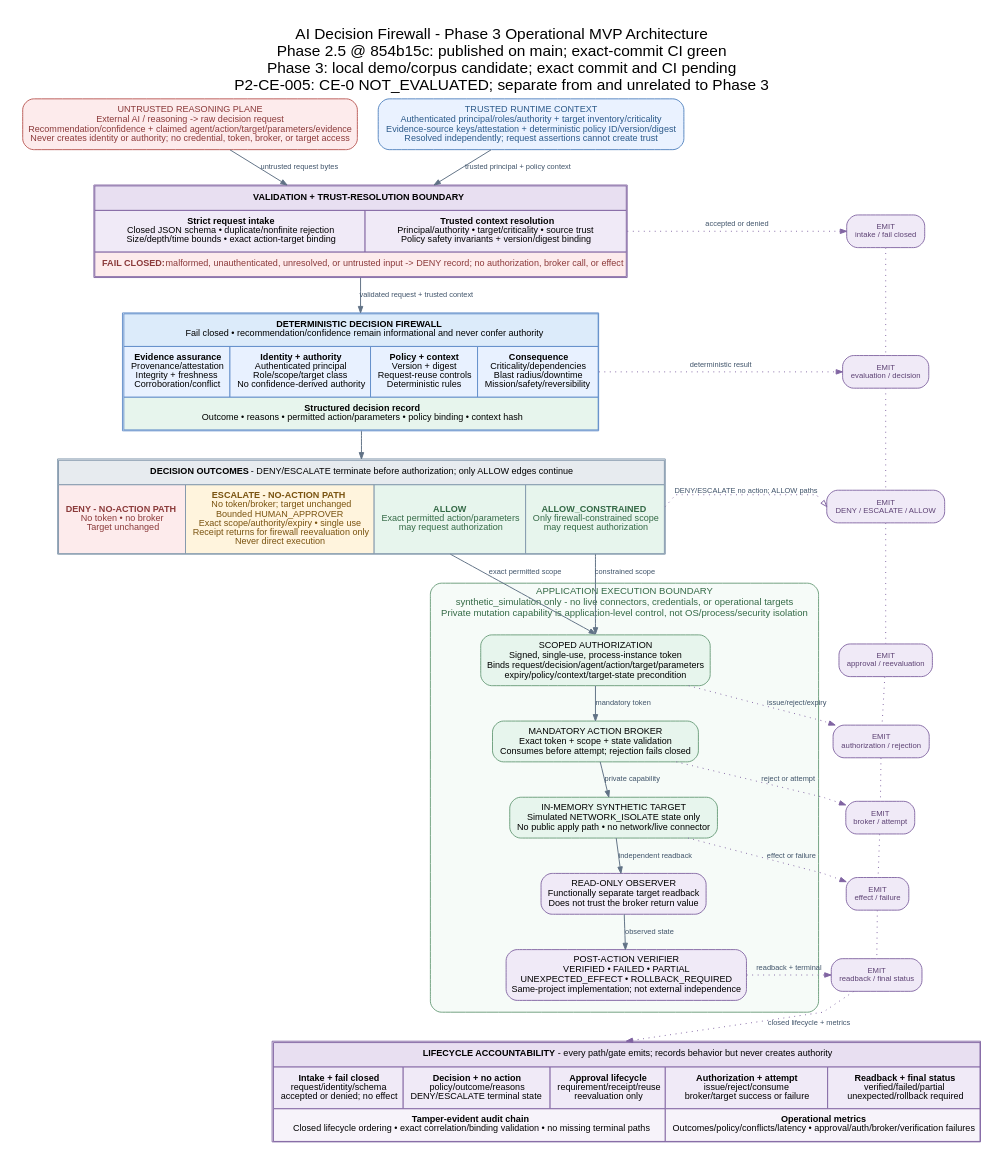
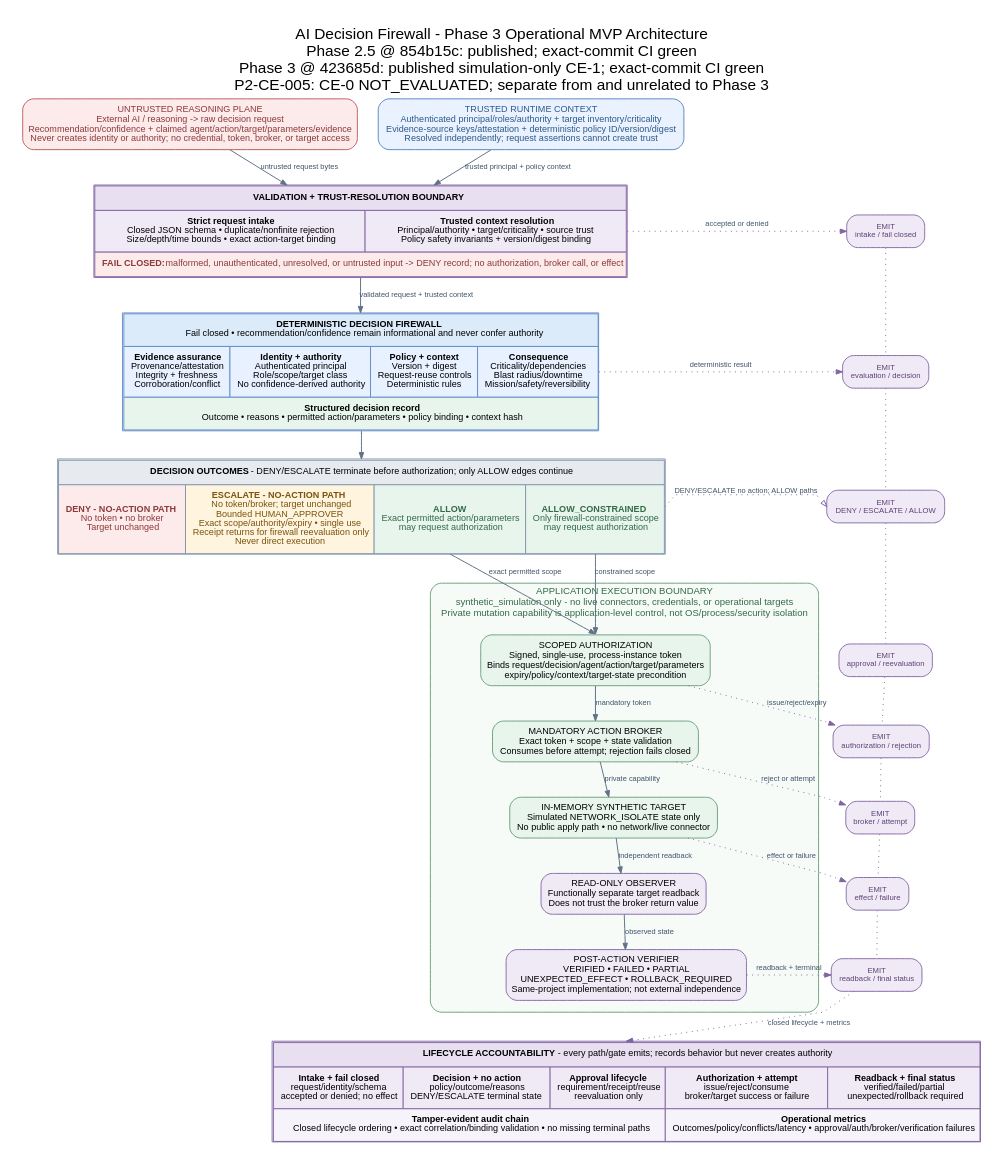
One commit to redxking/ai-decision-firewall changed the diagram in docs/architecture/08_phase3_operational_mvp.dot. Above: the diagram before and after it, drawn with Graphviz. The commit also changed 54 other files, not shown here.

```diff
--- a/docs/architecture/08_phase3_operational_mvp.dot
+++ b/docs/architecture/08_phase3_operational_mvp.dot
@@ -1,182 +1,182 @@
 digraph Phase3OperationalMVP {
   graph [
     rankdir=TB,
     bgcolor="white",
     pad="0.24",
     nodesep="0.32",
     ranksep="0.40",
     splines=polyline,
     fontname="Arial",
     fontsize=17,
     labelloc="t",
-    label="AI Decision Firewall - Phase 3 Operational MVP Architecture\nPhase 2.5 @ 854b15c: published on main; exact-commit CI green\nPhase 3: local demo/corpus candidate; exact commit and CI pending\nP2-CE-005: CE-0 NOT_EVALUATED; separate from and unrelated to Phase 3"
+    label="AI Decision Firewall - Phase 3 Operational MVP Architecture\nPhase 2.5 @ 854b15c: published; exact-commit CI green\nPhase 3 @ 423685d: published simulation-only CE-1; exact-commit CI green\nP2-CE-005: CE-0 NOT_EVALUATED; separate from and unrelated to Phase 3"
   ];
   node [
     shape=box,
     style="rounded,filled",
     color="#617286",
     fillcolor="white",
     fontname="Arial",
     fontsize=10,
     margin="0.13,0.09"
   ];
   edge [
     color="#617286",
     fontcolor="#40546A",
     fontname="Arial",
     fontsize=8.2,
     arrowsize=0.70,
     penwidth=1.08
   ];
 
   untrusted [
     fillcolor="#FDEBEC",
     color="#B85450",
     fontcolor="#8B3A3A",
     label="UNTRUSTED REASONING PLANE\nExternal AI / reasoning -> raw decision request\nRecommendation/confidence + claimed agent/action/target/parameters/evidence\nNever creates identity or authority; no credential, token, broker, or target access"
   ];
 
   trusted [
     fillcolor="#EAF2FF",
     color="#4F81BD",
     fontcolor="#2C5A8A",
     label="TRUSTED RUNTIME CONTEXT\nAuthenticated principal/roles/authority + target inventory/criticality\nEvidence-source keys/attestation + deterministic policy ID/version/digest\nResolved independently; request assertions cannot create trust"
   ];
 
   {rank=same; untrusted; trusted;}
 
   intake [shape=plain, label=<
     <TABLE BORDER="1" CELLBORDER="1" CELLSPACING="0" CELLPADDING="7" COLOR="#8064A2">
       <TR><TD COLSPAN="2" BGCOLOR="#E8DFF1"><B>VALIDATION + TRUST-RESOLUTION BOUNDARY</B></TD></TR>
       <TR>
         <TD BGCOLOR="#F0EAF7"><B>Strict request intake</B><BR/>Closed JSON schema • duplicate/nonfinite rejection<BR/>Size/depth/time bounds • exact action-target binding</TD>
         <TD BGCOLOR="#F0EAF7"><B>Trusted context resolution</B><BR/>Principal/authority • target/criticality • source trust<BR/>Policy safety invariants + version/digest binding</TD>
       </TR>
       <TR><TD COLSPAN="2" BGCOLOR="#FDEBEC"><FONT COLOR="#8B3A3A"><B>FAIL CLOSED:</B> malformed, unauthenticated, unresolved, or untrusted input -&gt; DENY record; no authorization, broker call, or effect</FONT></TD></TR>
     </TABLE>
   >];
 
   untrusted -> intake [label="untrusted request bytes"];
   trusted -> intake [label="trusted principal + policy context"];
 
   firewall [shape=plain, label=<
     <TABLE BORDER="1" CELLBORDER="1" CELLSPACING="0" CELLPADDING="7" COLOR="#5E8CC8">
       <TR><TD COLSPAN="4" BGCOLOR="#DCEBFA"><B>DETERMINISTIC DECISION FIREWALL</B><BR/>Fail closed • recommendation/confidence remain informational and never confer authority</TD></TR>
       <TR>
         <TD BGCOLOR="#E8F1FF"><B>Evidence assurance</B><BR/>Provenance/attestation<BR/>Integrity + freshness<BR/>Corroboration/conflict</TD>
         <TD BGCOLOR="#E8F1FF"><B>Identity + authority</B><BR/>Authenticated principal<BR/>Role/scope/target class<BR/>No confidence-derived authority</TD>
         <TD BGCOLOR="#E8F1FF"><B>Policy + context</B><BR/>Version + digest<BR/>Request-reuse controls<BR/>Deterministic rules</TD>
         <TD BGCOLOR="#E8F1FF"><B>Consequence</B><BR/>Criticality/dependencies<BR/>Blast radius/downtime<BR/>Mission/safety/reversibility</TD>
       </TR>
       <TR><TD PORT="decision" COLSPAN="4" BGCOLOR="#E7F5ED"><B>Structured decision record</B><BR/>Outcome • reasons • permitted action/parameters • policy binding • context hash</TD></TR>
     </TABLE>
   >];
 
   intake -> firewall [label="validated request + trusted context"];
 
   outcomes [shape=plain, label=<
     <TABLE BORDER="1" CELLBORDER="1" CELLSPACING="0" CELLPADDING="7" COLOR="#7F95AA">
       <TR><TD COLSPAN="4" BGCOLOR="#E7EBEF"><B>DECISION OUTCOMES</B> - DENY/ESCALATE terminate before authorization; only ALLOW edges continue</TD></TR>
       <TR>
         <TD PORT="deny" BGCOLOR="#FDEBEC"><FONT COLOR="#8B3A3A"><B>DENY - NO-ACTION PATH</B><BR/>No token • no broker<BR/>Target unchanged</FONT></TD>
         <TD PORT="escalate" BGCOLOR="#FFF4DD"><FONT COLOR="#7A5310"><B>ESCALATE - NO-ACTION PATH</B><BR/>No token/broker; target unchanged<BR/>Bounded HUMAN_APPROVER<BR/>Exact scope/authority/expiry • single use<BR/>Receipt returns for firewall reevaluation only<BR/>Never direct execution</FONT></TD>
         <TD PORT="allow" BGCOLOR="#E7F5ED"><FONT COLOR="#356A47"><B>ALLOW</B><BR/>Exact permitted action/parameters<BR/>may request authorization</FONT></TD>
         <TD PORT="constrained" BGCOLOR="#E7F5ED"><FONT COLOR="#356A47"><B>ALLOW_CONSTRAINED</B><BR/>Only firewall-constrained scope<BR/>may request authorization</FONT></TD>
       </TR>
     </TABLE>
   >];
 
   firewall:decision:s -> outcomes:n;
 
   subgraph cluster_execution {
     label="APPLICATION EXECUTION BOUNDARY\nsynthetic_simulation only - no live connectors, credentials, or operational targets\nPrivate mutation capability is application-level control, not OS/process/security isolation";
     color="#679B78";
     fontcolor="#356A47";
     fillcolor="#F6FBF8";
     style="rounded,filled";
     fontname="Arial";
     fontsize=10.5;
     margin=13;
 
     auth [
       fillcolor="#E7F5ED",
       color="#679B78",
       label="SCOPED AUTHORIZATION\nSigned, single-use, process-instance token\nBinds request/decision/agent/action/target/parameters\nexpiry/policy/context/target-state precondition"
     ];
     broker [
       fillcolor="#E7F5ED",
       color="#679B78",
       label="MANDATORY ACTION BROKER\nExact token + scope + state validation\nConsumes before attempt; rejection fails closed"
     ];
     target [
       fillcolor="#E7F5ED",
       color="#679B78",
       label="IN-MEMORY SYNTHETIC TARGET\nSimulated NETWORK_ISOLATE state only\nNo public apply path • no network/live connector"
     ];
     observer [
       fillcolor="#F0EAF7",
       color="#8064A2",
       label="READ-ONLY OBSERVER\nFunctionally separate target readback\nDoes not trust the broker return value"
     ];
     verifier [
       fillcolor="#F0EAF7",
       color="#8064A2",
       label="POST-ACTION VERIFIER\nVERIFIED • FAILED • PARTIAL\nUNEXPECTED_EFFECT • ROLLBACK_REQUIRED\nSame-project implementation; not external independence"
     ];
 
     auth -> broker [label="mandatory token"];
     broker -> target [label="private capability"];
     target -> observer [label="independent readback"];
     observer -> verifier [label="observed state"];
   }
 
   outcomes:allow:s -> auth:n [label="exact permitted scope"];
   outcomes:constrained:s -> auth:n [label="constrained scope"];
 
   accountability [shape=plain, label=<
     <TABLE BORDER="1" CELLBORDER="1" CELLSPACING="0" CELLPADDING="7" COLOR="#8064A2">
       <TR><TD COLSPAN="5" BGCOLOR="#E8DFF1"><B>LIFECYCLE ACCOUNTABILITY</B> - every path/gate emits; records behavior but never creates authority</TD></TR>
       <TR>
         <TD PORT="intake" BGCOLOR="#F0EAF7"><B>Intake + fail closed</B><BR/>request/identity/schema<BR/>accepted or denied; no effect</TD>
         <TD PORT="decision" BGCOLOR="#F0EAF7"><B>Decision + no action</B><BR/>policy/outcome/reasons<BR/>DENY/ESCALATE terminal state</TD>
         <TD PORT="approval" BGCOLOR="#F0EAF7"><B>Approval lifecycle</B><BR/>requirement/receipt/reuse<BR/>reevaluation only</TD>
         <TD PORT="execution" BGCOLOR="#F0EAF7"><B>Authorization + attempt</B><BR/>issue/reject/consume<BR/>broker/target success or failure</TD>
         <TD PORT="verification" BGCOLOR="#F0EAF7"><B>Readback + final status</B><BR/>verified/failed/partial<BR/>unexpected/rollback required</TD>
       </TR>
       <TR>
         <TD COLSPAN="3" BGCOLOR="#F7F3FA"><B>Tamper-evident audit chain</B><BR/>Closed lifecycle ordering • exact correlation/binding validation • no missing terminal paths</TD>
         <TD COLSPAN="2" BGCOLOR="#F7F3FA"><B>Operational metrics</B><BR/>Outcomes/policy/conflicts/latency • approval/auth/broker/verification failures</TD>
       </TR>
     </TABLE>
   >];
 
   audit_intake [shape=box, style="rounded,filled", fillcolor="#F0EAF7", color="#8064A2", fontcolor="#5D4274", fontsize=8.5, label="EMIT\nintake / fail closed"];
   audit_firewall [shape=box, style="rounded,filled", fillcolor="#F0EAF7", color="#8064A2", fontcolor="#5D4274", fontsize=8.5, label="EMIT\nevaluation / decision"];
   audit_outcome [shape=box, style="rounded,filled", fillcolor="#F0EAF7", color="#8064A2", fontcolor="#5D4274", fontsize=8.5, label="EMIT\nDENY / ESCALATE / ALLOW"];
   audit_approval [shape=box, style="rounded,filled", fillcolor="#F0EAF7", color="#8064A2", fontcolor="#5D4274", fontsize=8.5, label="EMIT\napproval / reevaluation"];
   audit_auth [shape=box, style="rounded,filled", fillcolor="#F0EAF7", color="#8064A2", fontcolor="#5D4274", fontsize=8.5, label="EMIT\nauthorization / rejection"];
   audit_broker [shape=box, style="rounded,filled", fillcolor="#F0EAF7", color="#8064A2", fontcolor="#5D4274", fontsize=8.5, label="EMIT\nbroker / attempt"];
   audit_target [shape=box, style="rounded,filled", fillcolor="#F0EAF7", color="#8064A2", fontcolor="#5D4274", fontsize=8.5, label="EMIT\neffect / failure"];
   audit_verifier [shape=box, style="rounded,filled", fillcolor="#F0EAF7", color="#8064A2", fontcolor="#5D4274", fontsize=8.5, label="EMIT\nreadback / final status"];
 
   {rank=same; intake; audit_intake;}
   {rank=same; firewall; audit_firewall;}
   {rank=same; outcomes; audit_outcome;}
   intake -> audit_intake [style=dotted, color="#8064A2", label="accepted or denied", constraint=false];
   firewall -> audit_firewall [style=dotted, color="#8064A2", label="deterministic result", constraint=false];
   outcomes:e -> audit_outcome:w [style=dotted, color="#8064A2", label="DENY/ESCALATE no action; ALLOW paths", constraint=false];
   auth -> audit_auth [style=dotted, color="#8064A2", label="issue/reject/expiry", constraint=false];
   broker -> audit_broker [style=dotted, color="#8064A2", label="reject or attempt", constraint=false];
   target -> audit_target [style=dotted, color="#8064A2", label="effect or failure", constraint=false];
   verifier -> audit_verifier [style=dotted, color="#8064A2", label="readback + terminal", constraint=false];
 
   audit_intake -> audit_firewall [style=dotted, color="#8064A2", arrowhead=none];
   audit_firewall -> audit_outcome [style=dotted, color="#8064A2", arrowhead=none];
   audit_outcome -> audit_approval [style=dotted, color="#8064A2", arrowhead=none];
   audit_approval -> audit_auth [style=dotted, color="#8064A2", arrowhead=none];
   audit_auth -> audit_broker [style=dotted, color="#8064A2", arrowhead=none];
   audit_broker -> audit_target [style=dotted, color="#8064A2", arrowhead=none];
   audit_target -> audit_verifier [style=dotted, color="#8064A2", arrowhead=none];
   audit_verifier -> accountability:n [style=dotted, color="#8064A2", label="closed lifecycle + metrics", weight=10];
   verifier -> accountability:n [style=invis, weight=20];
 }
```
